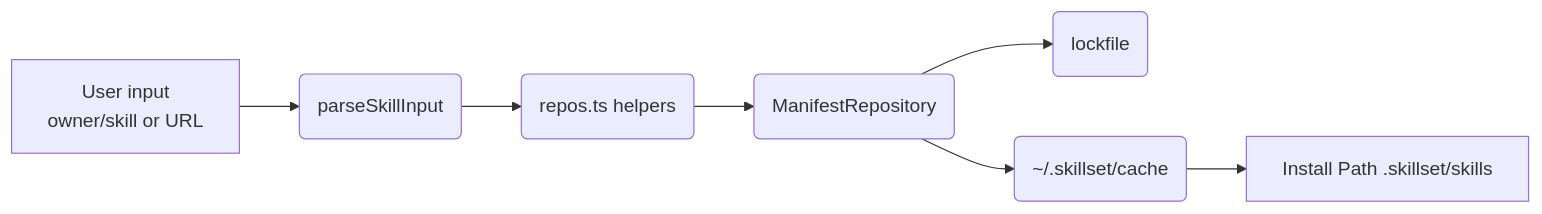
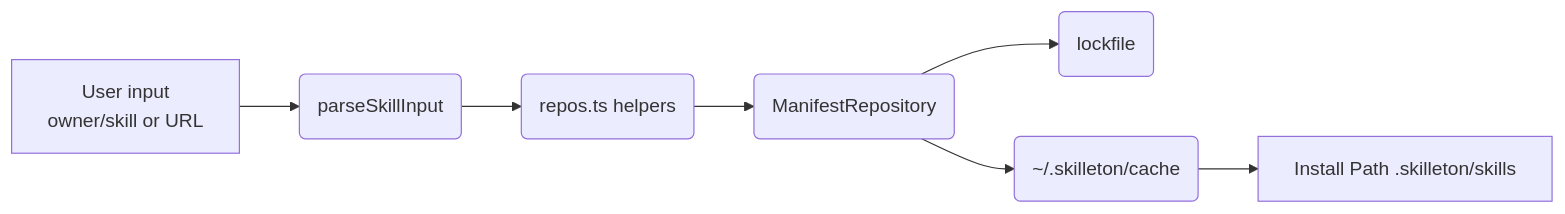
Before and after one commit to Fcmam5/skilleton: the third of 3 diagrams in docs/architecture.md, drawn with Mermaid. The commit also changed other lines of this file and 34 other files, not shown here.

````diff
--- a/docs/architecture.md
+++ b/docs/architecture.md
@@ -73,14 +73,14 @@
 ```mermaid
 flowchart LR
   input[User input<br/>owner/skill or URL]
   parse(parseSkillInput)
   repos(repos.ts helpers)
   manifest(ManifestRepository)
   lock(lockfile)
-  cache(~/.skillset/cache)
+  cache(~/.skilleton/cache)
 
   input --> parse --> repos --> manifest
   manifest --> lock
   manifest --> cache
-  cache --> install[Install Path .skillset/skills]
+  cache --> install[Install Path .skilleton/skills]
 ```
````
